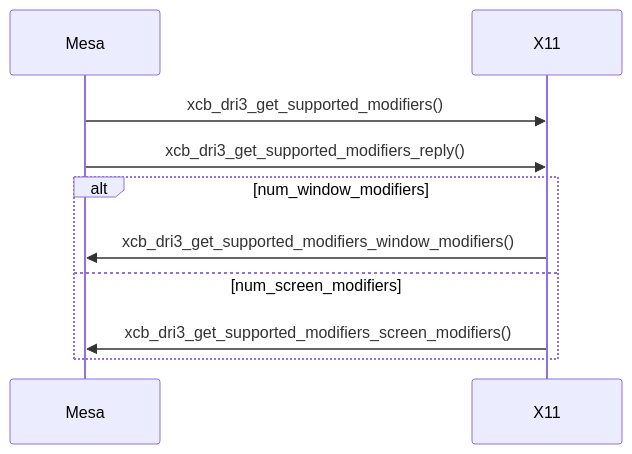
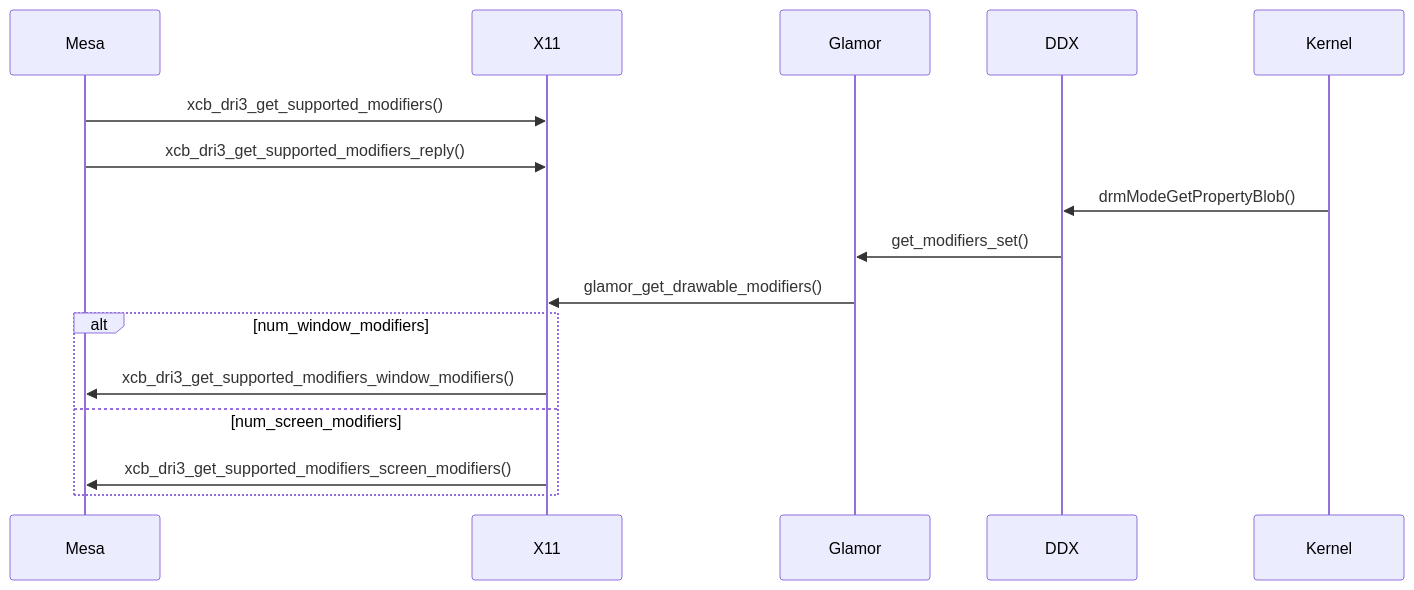
The diagram in source/_posts/lnx/drm-mod.md (lucmann/lucmann.github.io), drawn with Mermaid before and after one commit. The commit also changed other lines of this file, not shown here.

Commit message:
linux: drmModeGetPropertyBlob()

````diff
--- a/source/_posts/lnx/drm-mod.md
+++ b/source/_posts/lnx/drm-mod.md
@@ -53,13 +53,19 @@
 ```mermaid
 sequenceDiagram
   participant Mesa
   participant X11
+  participant Glamor
+  participant DDX
+  participant Kernel
 
   Mesa ->> X11: xcb_dri3_get_supported_modifiers()
   Mesa ->> X11: xcb_dri3_get_supported_modifiers_reply()
+  Kernel ->> DDX: drmModeGetPropertyBlob()
+  DDX ->> Glamor: get_modifiers_set()
+  Glamor ->> X11: glamor_get_drawable_modifiers()
   alt num_window_modifiers
     X11 ->> Mesa: xcb_dri3_get_supported_modifiers_window_modifiers()
   else num_screen_modifiers
     X11 ->> Mesa: xcb_dri3_get_supported_modifiers_screen_modifiers()
   end
 ```
````
